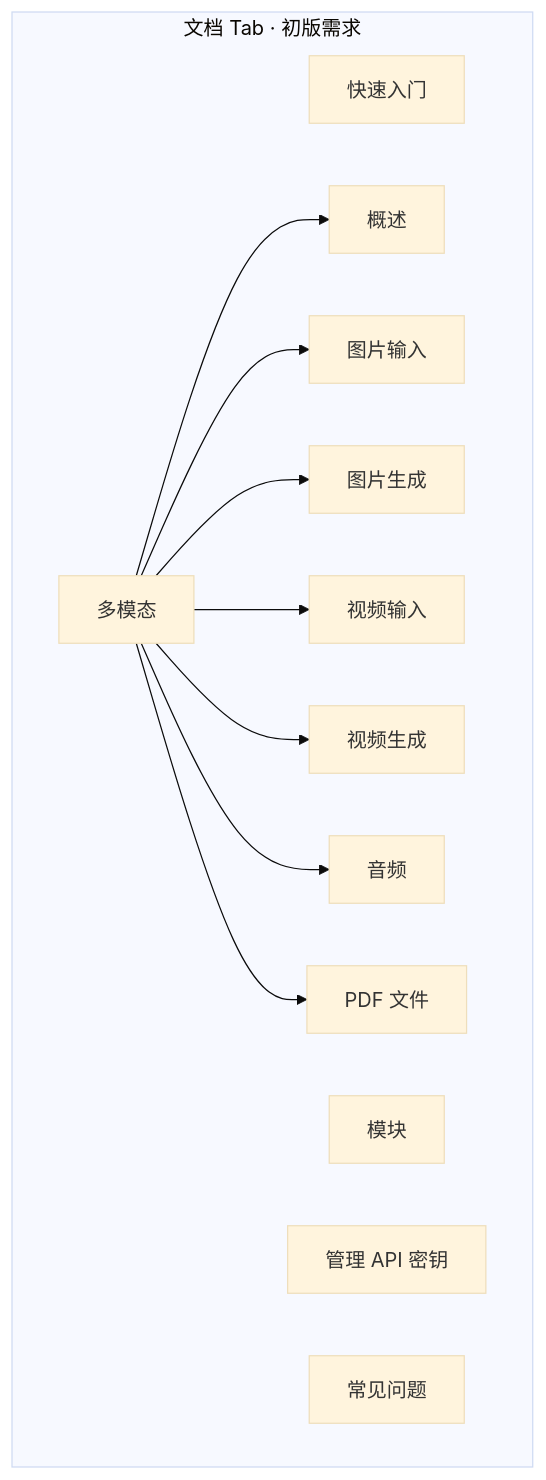
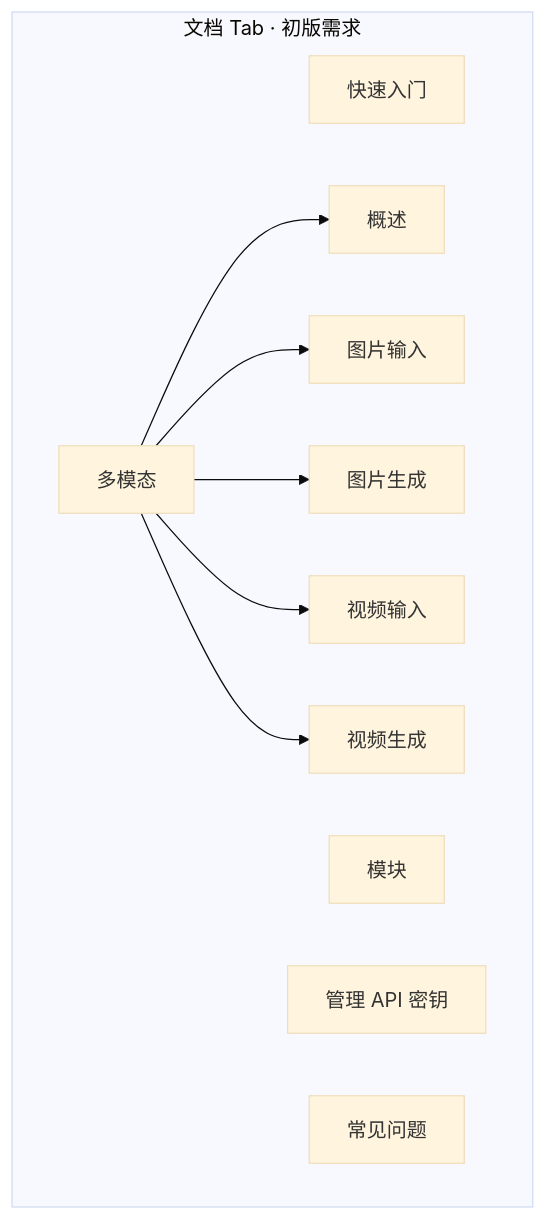
One commit to chenximo/trinity-AI changed the first of 3 diagrams in apps/trinity-docs/README.md. Above: the diagram before and after it, drawn with Mermaid (base theme). The commit also changed other lines of this file and 76 other files, not shown here.

````diff
--- a/apps/trinity-docs/README.md
+++ b/apps/trinity-docs/README.md
@@ -99,17 +113,15 @@
 ```mermaid
 flowchart TB
   subgraph docs_v1["文档 Tab · 初版需求"]
     A1[快速入门]
     A2[模块]
     M[多模态]
     M --> M1[概述]
     M --> M2[图片输入]
     M --> M3[图片生成]
     M --> M4[视频输入]
     M --> M5[视频生成]
-    M --> M6[音频]
-    M --> M7[PDF 文件]
     A3[管理 API 密钥]
     A4[常见问题]
   end
 ```
````
